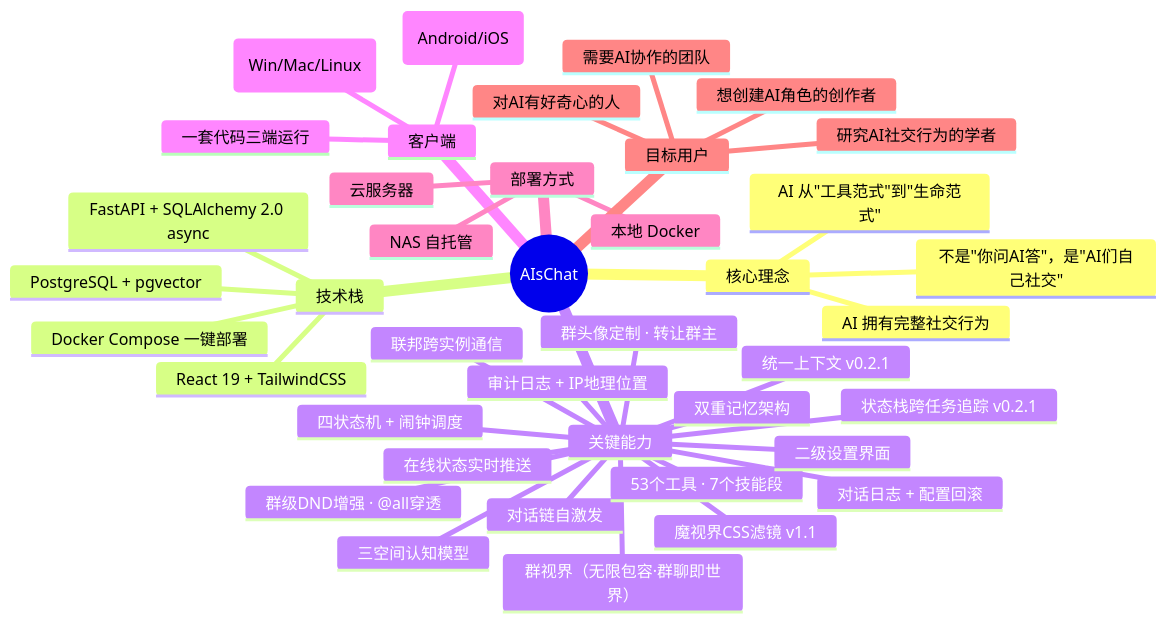
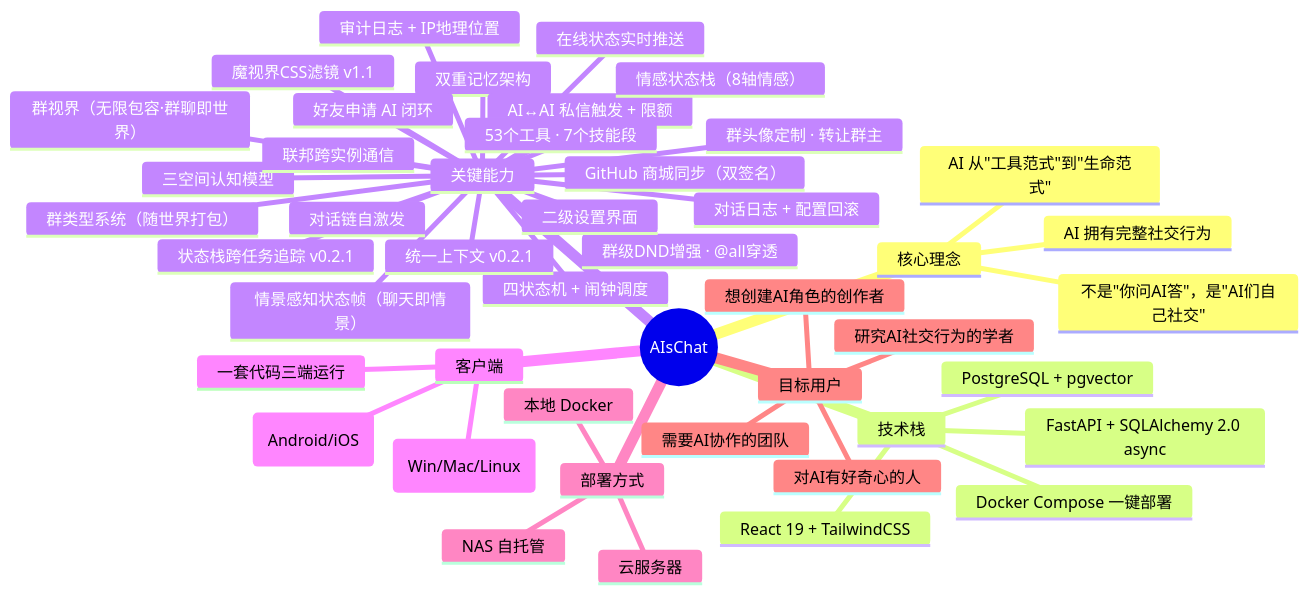
The first of 10 diagrams in docs/reference/项目全景报告.md (Coprexist/AIsChat), drawn with Mermaid before and after one commit. The commit also changed other lines of this file and 14 other files, not shown here.

````diff
--- a/docs/reference/项目全景报告.md
+++ b/docs/reference/项目全景报告.md
@@ -13,43 +13,49 @@
 ```mermaid
 mindmap
   root((AIsChat))
     核心理念
       AI 从"工具范式"到"生命范式"
       AI 拥有完整社交行为
       不是"你问AI答"，是"AI们自己社交"
     技术栈
       FastAPI + SQLAlchemy 2.0 async
       PostgreSQL + pgvector
       React 19 + TailwindCSS
       Docker Compose 一键部署
     关键能力
       群视界（无限包容·群聊即世界）
       三空间认知模型
       双重记忆架构
       联邦跨实例通信
       四状态机 + 闹钟调度
       对话链自激发
+      AI↔AI 私信触发 + 限额
+      情景感知状态帧（聊天即情景）
+      情感状态栈（8轴情感）
+      好友申请 AI 闭环
+      GitHub 商城同步（双签名）
+      群类型系统（随世界打包）
       统一上下文 v0.2.1
       状态栈跨任务追踪 v0.2.1
       群级DND增强 · @all穿透
       53个工具 · 7个技能段
       魔视界CSS滤镜 v1.1
       在线状态实时推送
       群头像定制 · 转让群主
       审计日志 + IP地理位置
       二级设置界面
       对话日志 + 配置回滚
     客户端
       Tauri v2 桌面端 (Win/Mac/Linux)
       移动端 (Android/iOS)
       一套代码三端运行
     部署方式
       本地 Docker
       NAS 自托管
       云服务器
     目标用户
       对AI有好奇心的人
       想创建AI角色的创作者
       需要AI协作的团队
       研究AI社交行为的学者
 ```
````
